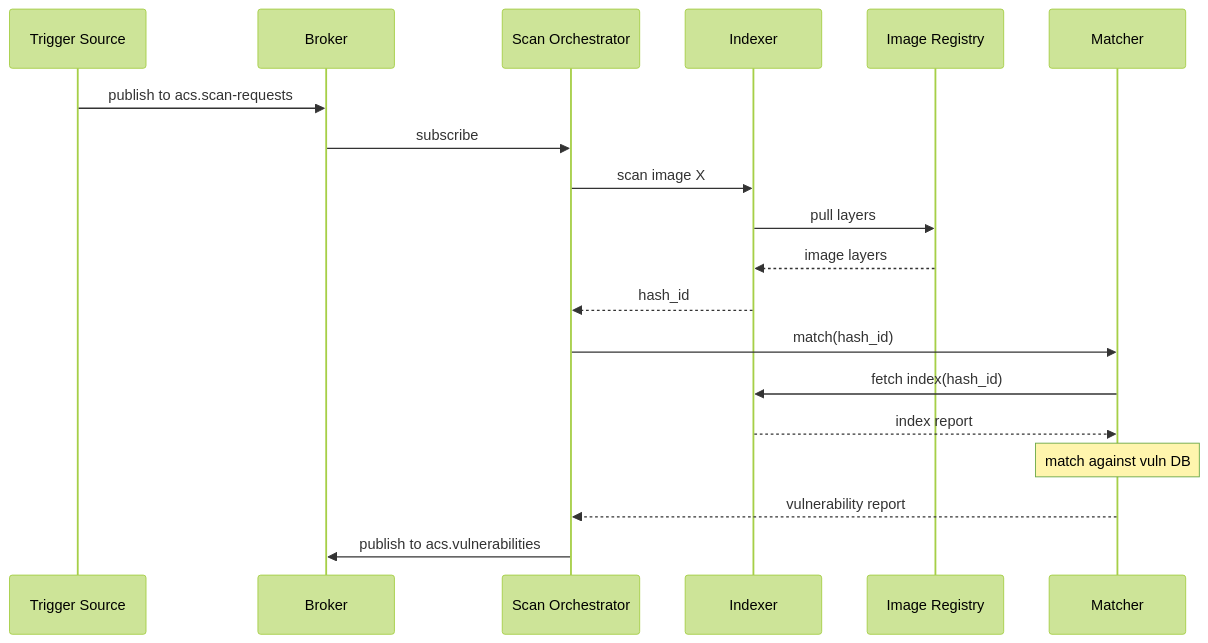
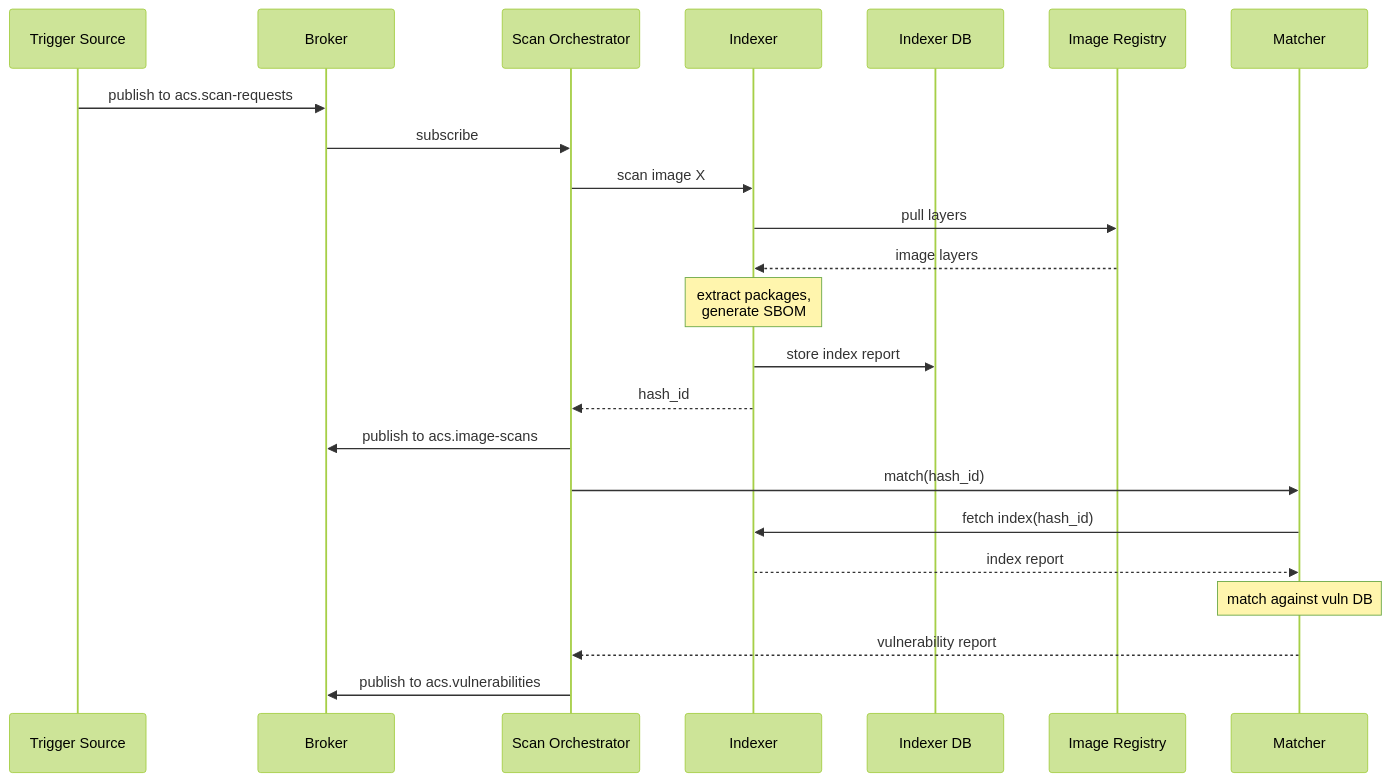
The first of 4 diagrams in docs/architecture/components/scanner.md (kylape/acs-next), drawn with Mermaid (forest theme) before and after one commit.

Commit message:
Add indexing steps to scanner sequence diagram
Show Indexer extracting packages, storing to DB, and Orchestrator
publishing index report to acs.image-scans.

````diff
--- a/docs/architecture/components/scanner.md
+++ b/docs/architecture/components/scanner.md
@@ -32,22 +32,26 @@
 ```mermaid
 sequenceDiagram
     participant Source as Trigger Source
     participant Broker
     participant Orch as Scan Orchestrator
     participant Indexer
+    participant IndexerDB as Indexer DB
     participant Registry as Image Registry
     participant Matcher
 
     Source->>Broker: publish to acs.scan-requests
     Broker->>Orch: subscribe
     Orch->>Indexer: scan image X
     Indexer->>Registry: pull layers
     Registry-->>Indexer: image layers
+    Note over Indexer: extract packages,<br/>generate SBOM
+    Indexer->>IndexerDB: store index report
     Indexer-->>Orch: hash_id
+    Orch->>Broker: publish to acs.image-scans
     Orch->>Matcher: match(hash_id)
     Matcher->>Indexer: fetch index(hash_id)
     Indexer-->>Matcher: index report
     Note over Matcher: match against vuln DB
     Matcher-->>Orch: vulnerability report
     Orch->>Broker: publish to acs.vulnerabilities
 ```
````
